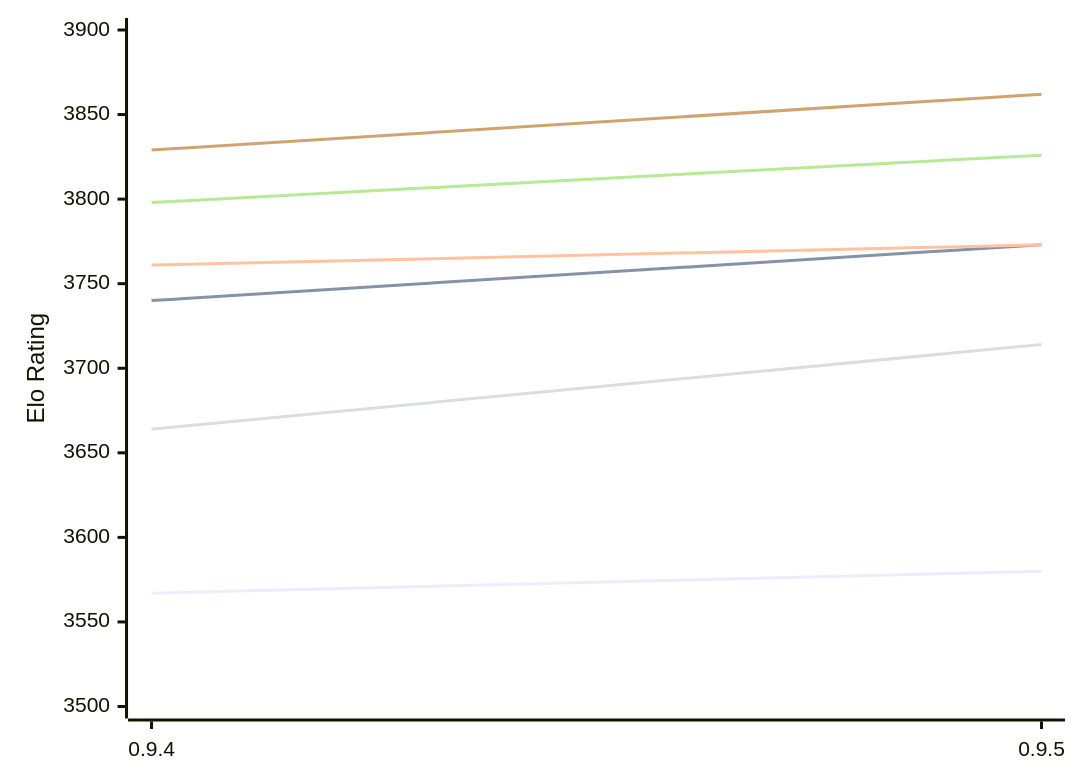
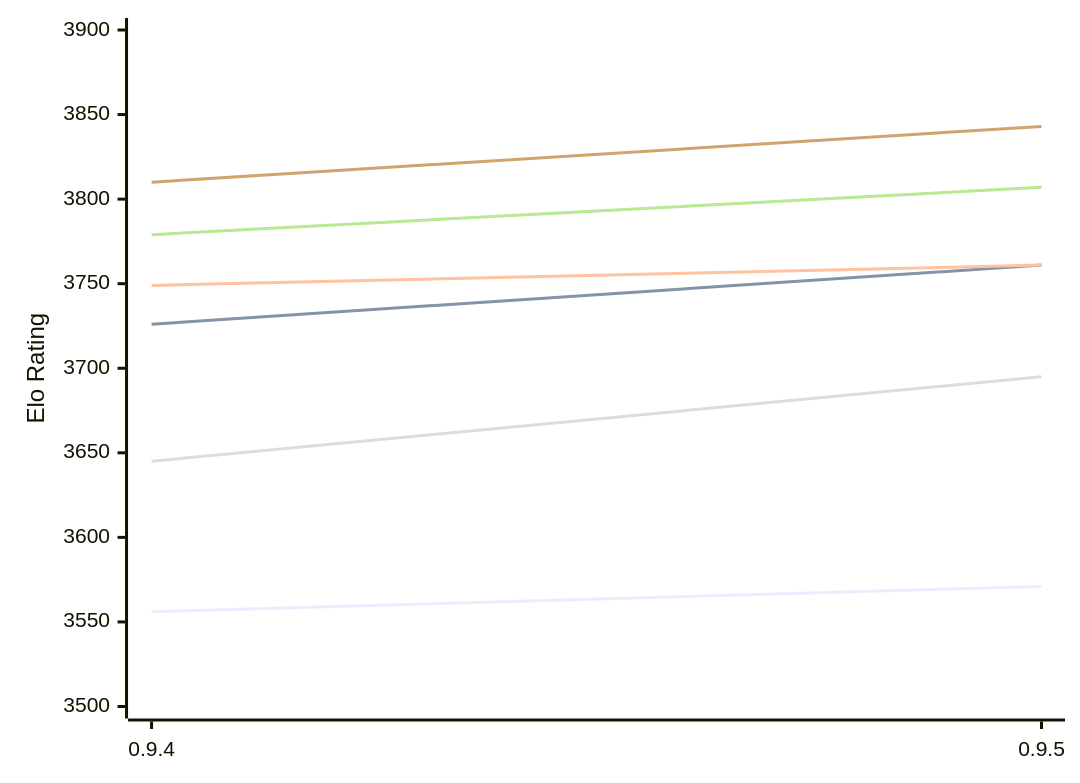
One commit to computer-chess-index/cci changed the first of 2 diagrams in engines/Coda.md. Above: the diagram before and after it, drawn with Mermaid. The commit also changed other lines of this file, not shown here.

Commit message:
Update CCI Ratings (ELO VLTC) - 2026-11-02

````diff
--- a/engines/Coda.md
+++ b/engines/Coda.md
@@ -52,12 +52,12 @@
 ```mermaid
 %%{init: {"theme":"base","themeVariables":{"seriesColors:['#a3a3a3','#222221','#faa371']}}}%%
 xychart-beta
   x-axis ["0.9.4", "0.9.5"]
   y-axis "Elo Rating" 3500 --> 3900
-  line "E1: STC (8.0+0.08s)" [3567, 3580]
-  line "E1: LTC (60.0+0.60s)" [3740, 3773]
-  line "E1: VLTC (2m24s+1.12s)" [3761, 3773]
-  line "P1: STC (8.0+0.08s)" [3664, 3714]
-  line "P1: LTC (60.0+0.60s)" [3798, 3826]
-  line "P1: VLTC (2m24s+1.12s)" [3829, 3862]
+  line "E1: STC (8.0+0.08s)" [3556, 3571]
+  line "E1: LTC (60.0+0.60s)" [3726, 3761]
+  line "E1: VLTC (2m24s+1.12s)" [3749, 3761]
+  line "P1: STC (8.0+0.08s)" [3645, 3695]
+  line "P1: LTC (60.0+0.60s)" [3779, 3807]
+  line "P1: VLTC (2m24s+1.12s)" [3810, 3843]
 ```
````
